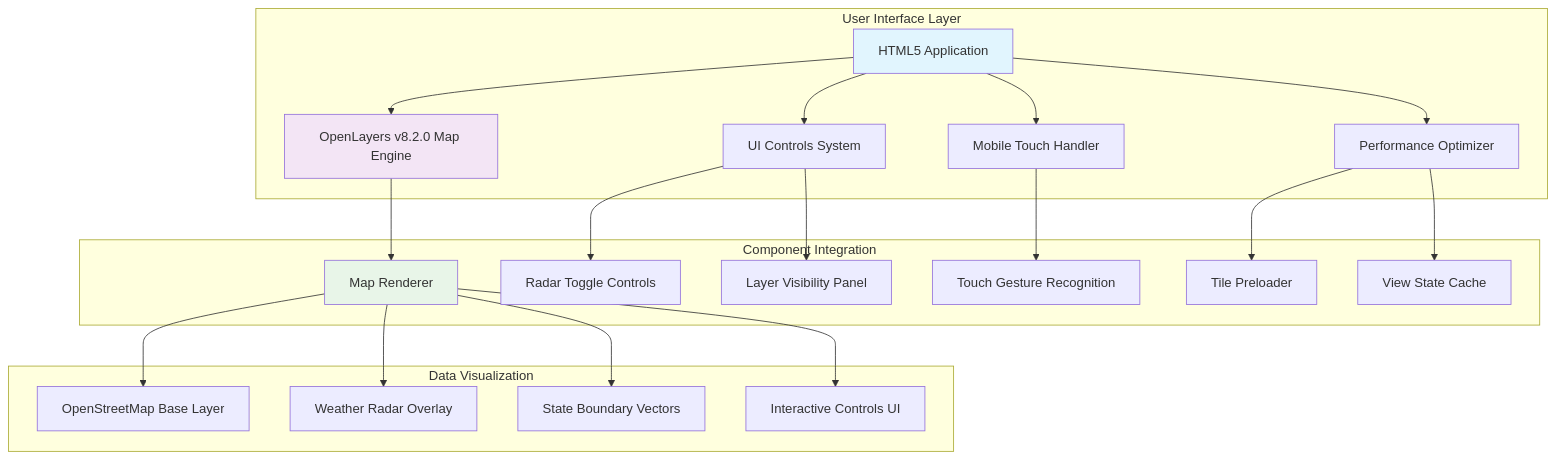
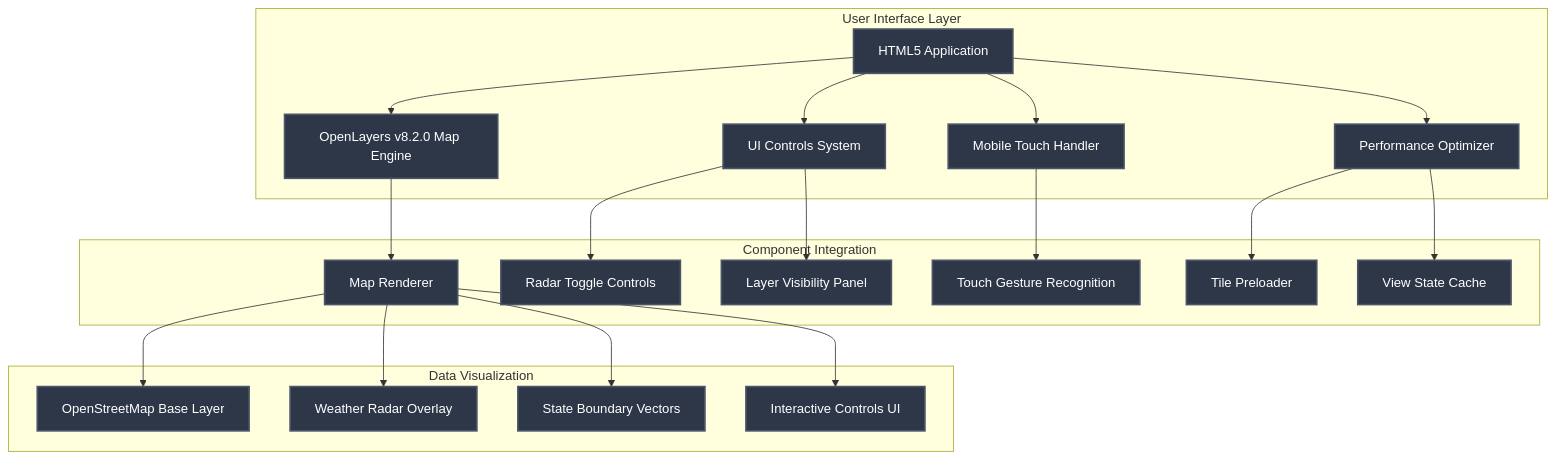
Before and after one commit to hkevin01/Layers-Radar-States-Streets: the first of 9 diagrams in README.md, drawn with Mermaid. The commit also changed other lines of this file, not shown here.

Commit message:
refactor: Standardize diagram styles for improved visual consistency

````diff
--- a/README.md
+++ b/README.md
@@ -30,29 +30,41 @@
 ```mermaid
 graph TB
     subgraph "User Interface Layer"
         A[HTML5 Application] --> B[OpenLayers v8.2.0 Map Engine]
         A --> C[UI Controls System]
         A --> D[Mobile Touch Handler]
         A --> E[Performance Optimizer]
     end
 
     subgraph "Component Integration"
         B --> F[Map Renderer]
         C --> G[Radar Toggle Controls]
         C --> H[Layer Visibility Panel]
         D --> I[Touch Gesture Recognition]
         E --> J[Tile Preloader]
         E --> K[View State Cache]
     end
 
     subgraph "Data Visualization"
         F --> L[OpenStreetMap Base Layer]
         F --> M[Weather Radar Overlay]
         F --> N[State Boundary Vectors]
         F --> O[Interactive Controls UI]
     end
 
-    style A fill:#e1f5fe
-    style B fill:#f3e5f5
-    style F fill:#e8f5e8
+    style A fill:#2d3748,stroke:#4a5568,stroke-width:2px,color:#ffffff
+    style B fill:#2d3748,stroke:#4a5568,stroke-width:2px,color:#ffffff
+    style C fill:#2d3748,stroke:#4a5568,stroke-width:2px,color:#ffffff
+    style D fill:#2d3748,stroke:#4a5568,stroke-width:2px,color:#ffffff
+    style E fill:#2d3748,stroke:#4a5568,stroke-width:2px,color:#ffffff
+    style F fill:#2d3748,stroke:#4a5568,stroke-width:2px,color:#ffffff
+    style G fill:#2d3748,stroke:#4a5568,stroke-width:2px,color:#ffffff
+    style H fill:#2d3748,stroke:#4a5568,stroke-width:2px,color:#ffffff
+    style I fill:#2d3748,stroke:#4a5568,stroke-width:2px,color:#ffffff
+    style J fill:#2d3748,stroke:#4a5568,stroke-width:2px,color:#ffffff
+    style K fill:#2d3748,stroke:#4a5568,stroke-width:2px,color:#ffffff
+    style L fill:#2d3748,stroke:#4a5568,stroke-width:2px,color:#ffffff
+    style M fill:#2d3748,stroke:#4a5568,stroke-width:2px,color:#ffffff
+    style N fill:#2d3748,stroke:#4a5568,stroke-width:2px,color:#ffffff
+    style O fill:#2d3748,stroke:#4a5568,stroke-width:2px,color:#ffffff
 ```
````
